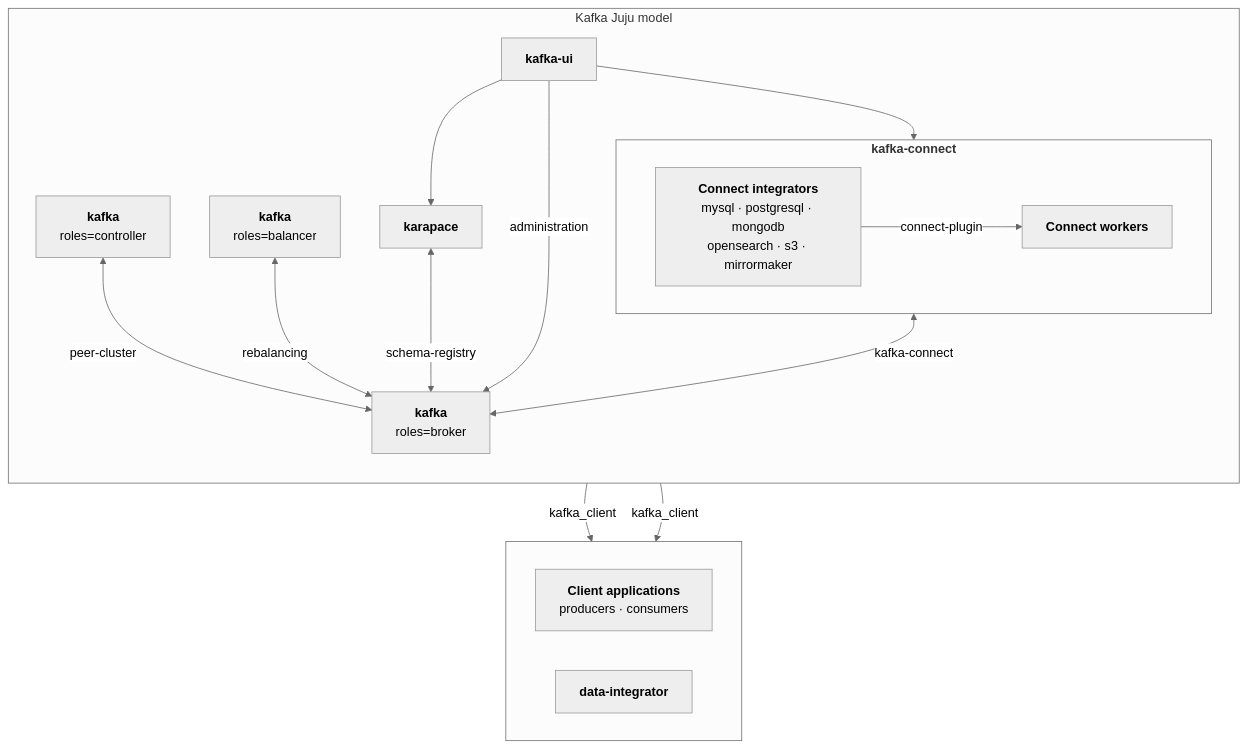
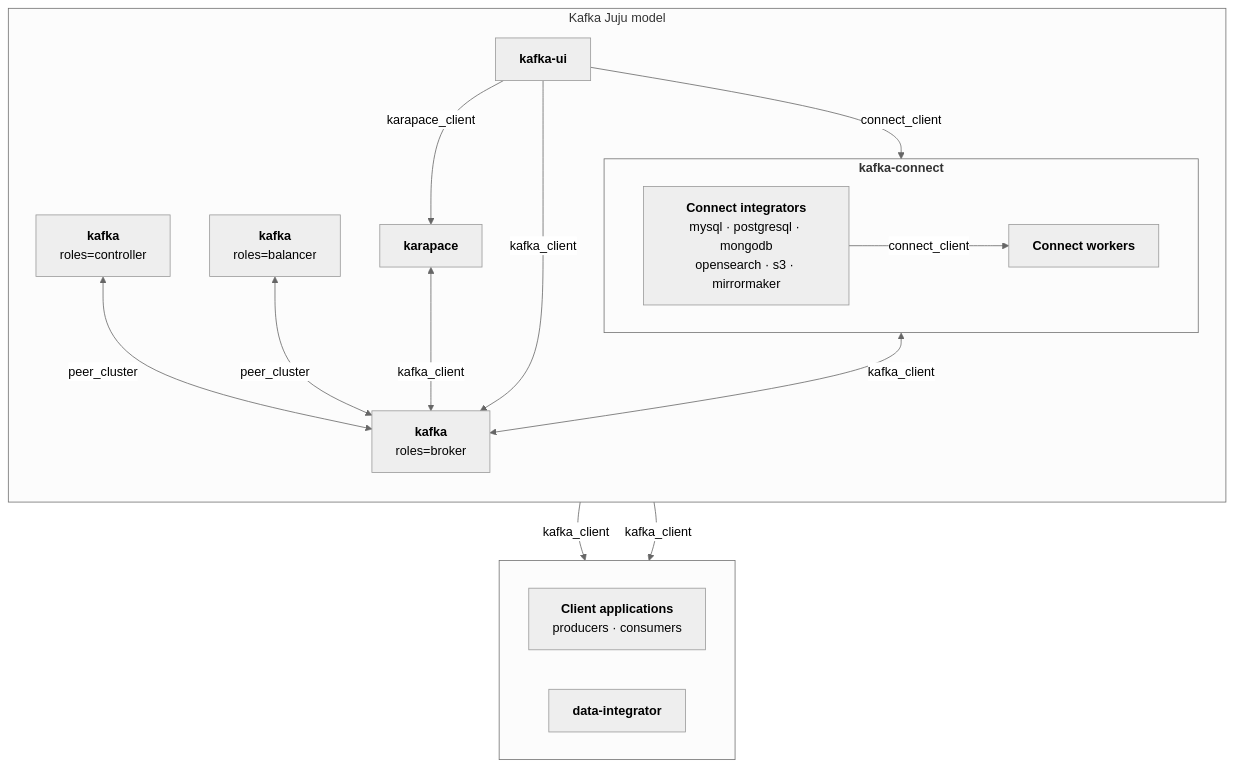
Before and after one commit to canonical/kafka-operator: the diagram in docs/explanation/components.md, drawn with Mermaid (neutral theme).

Commit message:
Update diagram

````diff
--- a/docs/explanation/components.md
+++ b/docs/explanation/components.md
@@ -109,36 +109,36 @@
 ```{mermaid}
 flowchart TB
     subgraph kafka-model["Kafka Juju model"]
         direction TB
 
         broker["<b>kafka</b><br>roles=broker"]
         kraft["<b>kafka</b><br>roles=controller"]
         balancer["<b>kafka</b><br>roles=balancer"]
 
         subgraph connect["<b>kafka-connect</b>"]
             direction LR
             workers["<b>Connect workers</b>"]
             integrators["<b>Connect integrators</b><br>mysql · postgresql · mongodb<br>opensearch · s3 · mirrormaker"]
         end
 
         karapace["<b>karapace</b>"]
         ui["<b>kafka-ui</b>"]
     end
 
     subgraph clients[" "]
         direction LR
         client["<b>Client applications</b><br>producers · consumers"]
         di["<b>data-integrator</b>"]
     end
 
     broker -->|"kafka_client"| client
     broker -->|"kafka_client"| di
-    kraft <-->|"peer-cluster"| broker
-    balancer <-->|"rebalancing"| broker
-    workers <-->|"kafka-connect"| broker
-    integrators -->|"connect-plugin"| workers
-    karapace <-->|"schema-registry"| broker
-    ui -->|"administration"| broker
-    ui --> karapace
-    ui --> workers
+    kraft <-->|"peer_cluster"| broker
+    balancer <-->|"peer_cluster"| broker
+    workers <-->|"kafka_client"| broker
+    integrators -->|"connect_client"| workers
+    karapace <-->|"kafka_client"| broker
+    ui -->|"kafka_client"| broker
+    ui -->|"karapace_client"| karapace
+    ui -->|"connect_client"| workers
 ```
````
